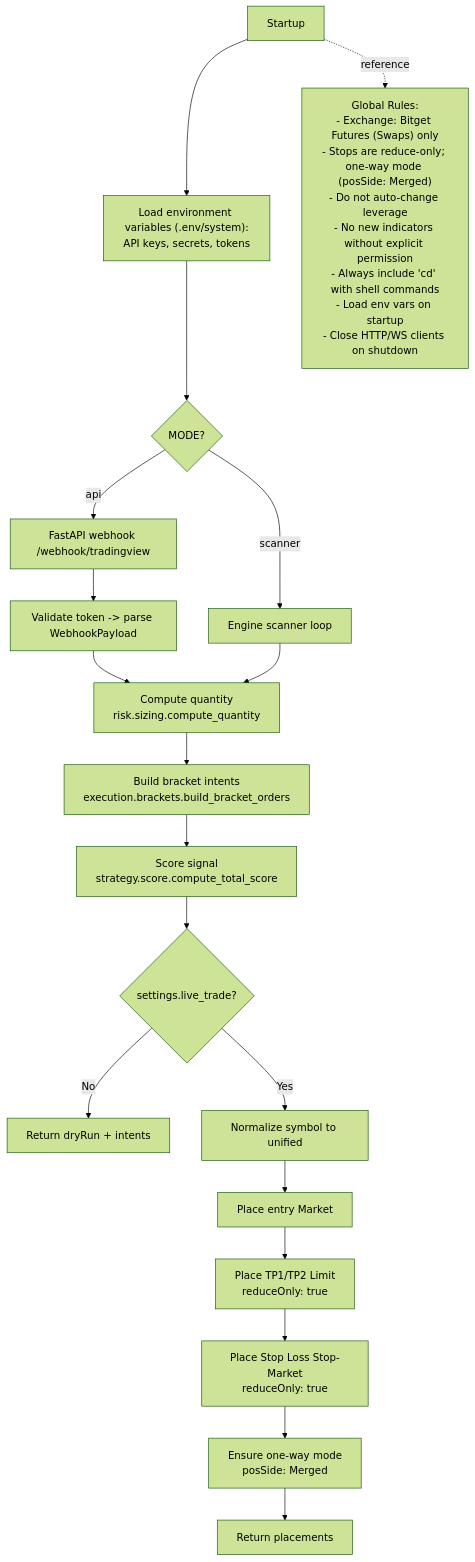
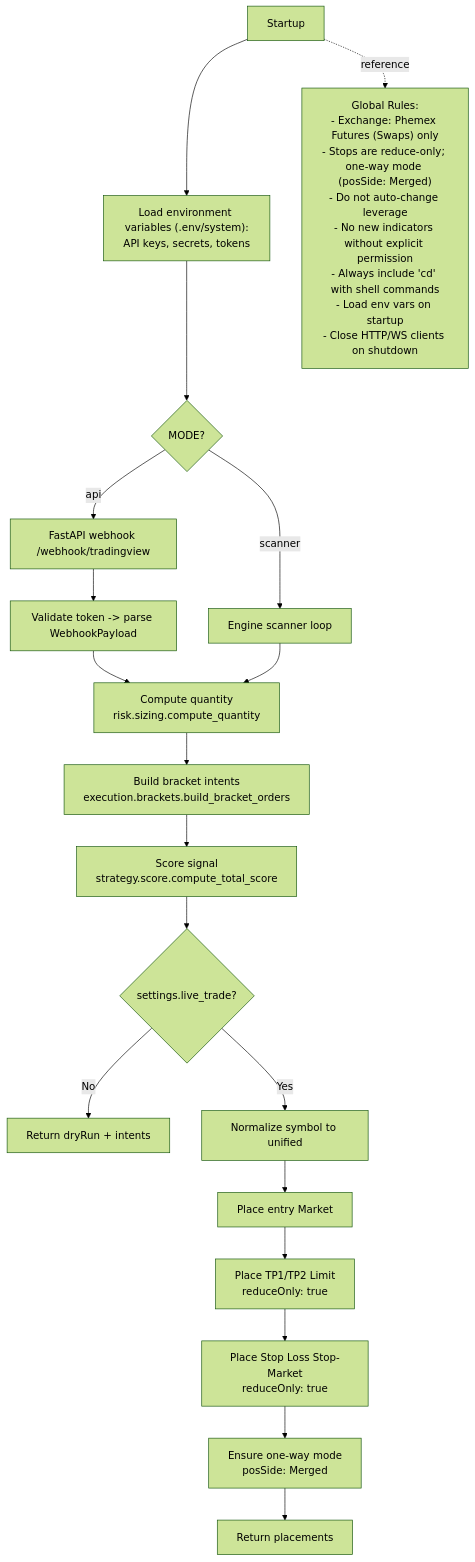
The first of 2 diagrams in cursor-always.mdc (DoraJar-44/Phemex), drawn with Mermaid (forest theme) before and after one commit. The commit also changed other lines of this file and 4 other files, not shown here.

````diff
--- a/cursor-always.mdc
+++ b/cursor-always.mdc
@@ -17,27 +21,27 @@
 ```mermaid
 flowchart TD
   A["Startup"] --> B["Load environment variables (.env/system):<br/>API keys, secrets, tokens"]
   B --> C{"MODE?"}
   C -->|api| D["FastAPI webhook /webhook/tradingview"]
   C -->|scanner| S["Engine scanner loop"]
 
   %% Webhook path
   D --> E["Validate token -> parse WebhookPayload"]
   E --> F["Compute quantity<br/>risk.sizing.compute_quantity"]
   F --> G["Build bracket intents<br/>execution.brackets.build_bracket_orders"]
   G --> H["Score signal<br/>strategy.score.compute_total_score"]
   H --> I{"settings.live_trade?"}
   I -->|No| DRY["Return dryRun + intents"]
   I -->|Yes| J["Normalize symbol to unified"]
   J --> K["Place entry Market"]
   K --> L["Place TP1/TP2 Limit<br/>reduceOnly: true"]
   L --> M["Place Stop Loss Stop-Market<br/>reduceOnly: true"]
   M --> N["Ensure one-way mode<br/>posSide: Merged"]
   N --> O["Return placements"]
 
   %% Scanner path joins at bracket stage
   S --> F
 
   %% Global rules (applies to all steps)
-  A -. reference .-> R["Global Rules:<br/>- Exchange: Bitget Futures (Swaps) only<br/>- Stops are reduce-only; one-way mode (posSide: Merged)<br/>- Do not auto-change leverage<br/>- No new indicators without explicit permission<br/>- Always include 'cd' with shell commands<br/>- Load env vars on startup<br/>- Close HTTP/WS clients on shutdown"]
+  A -. reference .-> R["Global Rules:<br/>- Exchange: Phemex Futures (Swaps) only<br/>- Stops are reduce-only; one-way mode (posSide: Merged)<br/>- Do not auto-change leverage<br/>- No new indicators without explicit permission<br/>- Always include 'cd' with shell commands<br/>- Load env vars on startup<br/>- Close HTTP/WS clients on shutdown"]
 ```
````
